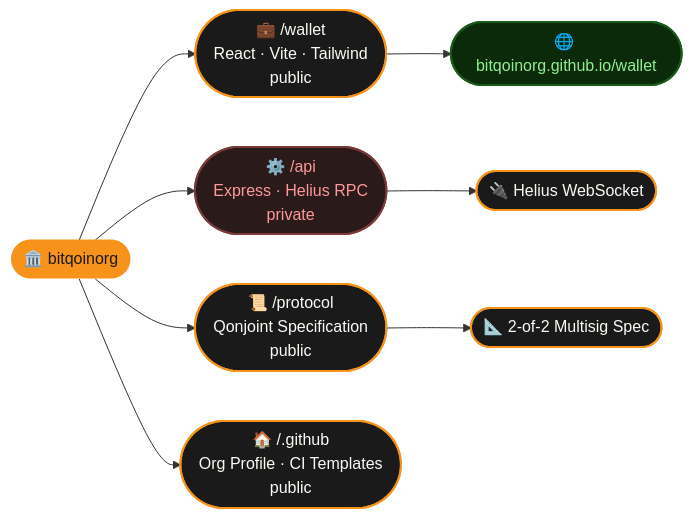
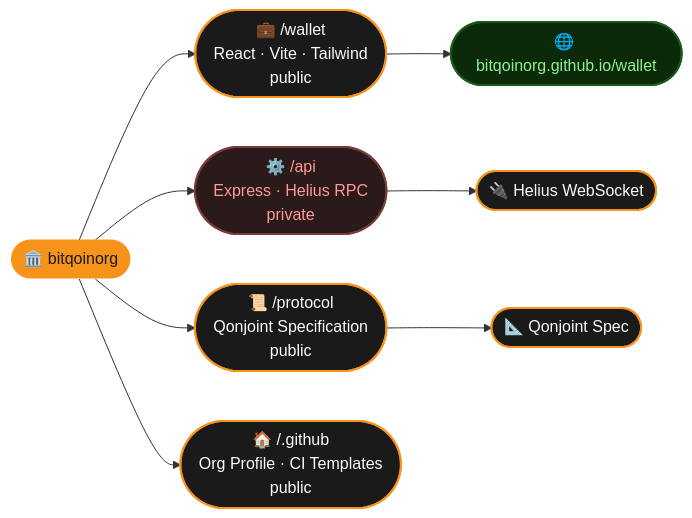
One commit to bitqoinorg/.github changed the third of 5 diagrams in profile/README.md. Above: the diagram before and after it, drawn with Mermaid. The commit also changed other lines of this file, not shown here.

````diff
--- a/profile/README.md
+++ b/profile/README.md
@@ -112,27 +112,27 @@
 ```mermaid
 graph LR
     classDef repo fill:#1a1a1a,color:#FAFAF5,stroke:#F7931A,stroke-width:2px,rx:10
     classDef core fill:#F7931A,color:#1a1a1a,stroke:none,rx:10
     classDef private fill:#2a1a1a,color:#ff9999,stroke:#7a3a3a,stroke-width:2px,rx:10
     classDef live fill:#0a2a0a,color:#90ee90,stroke:#1a5a1a,stroke-width:2px,rx:10
 
     ORG(["🏛️ bitqoinorg"]):::core
 
     ORG --> W(["💼 /wallet<br/>React · Vite · Tailwind<br/>public"]):::repo
     ORG --> API(["⚙️ /api<br/>Express · Helius RPC<br/>private"]):::private
     ORG --> P(["📜 /protocol<br/>Qonjoint Specification<br/>public"]):::repo
     ORG --> GH(["🏠 /.github<br/>Org Profile · CI Templates<br/>public"]):::repo
 
     W --> D(["🌐 bitqoinorg.github.io/wallet"]):::live
     API --> H(["🔌 Helius WebSocket"]):::repo
-    P --> SPEC(["📐 2-of-2 Multisig Spec"]):::repo
+    P --> SPEC(["📐 Qonjoint Spec"]):::repo
 
     click ORG "https://github.com/bitqoinorg" "bitQoin organization"
     click W "https://github.com/bitqoinorg/wallet" "Wallet repository"
     click API "https://github.com/bitqoinorg/api" "API repository"
     click P "https://github.com/bitqoinorg/protocol" "Protocol specification"
     click GH "https://github.com/bitqoinorg/.github" "Org profile"
     click D "https://bitqoinorg.github.io/wallet" "Live wallet"
     click H "https://www.helius.dev" "Helius RPC"
-    click SPEC "https://github.com/bitqoinorg/protocol" "Full specification"
+    click SPEC "https://github.com/bitqoinorg/protocol" "Qonjoint specification"
 ```
````
